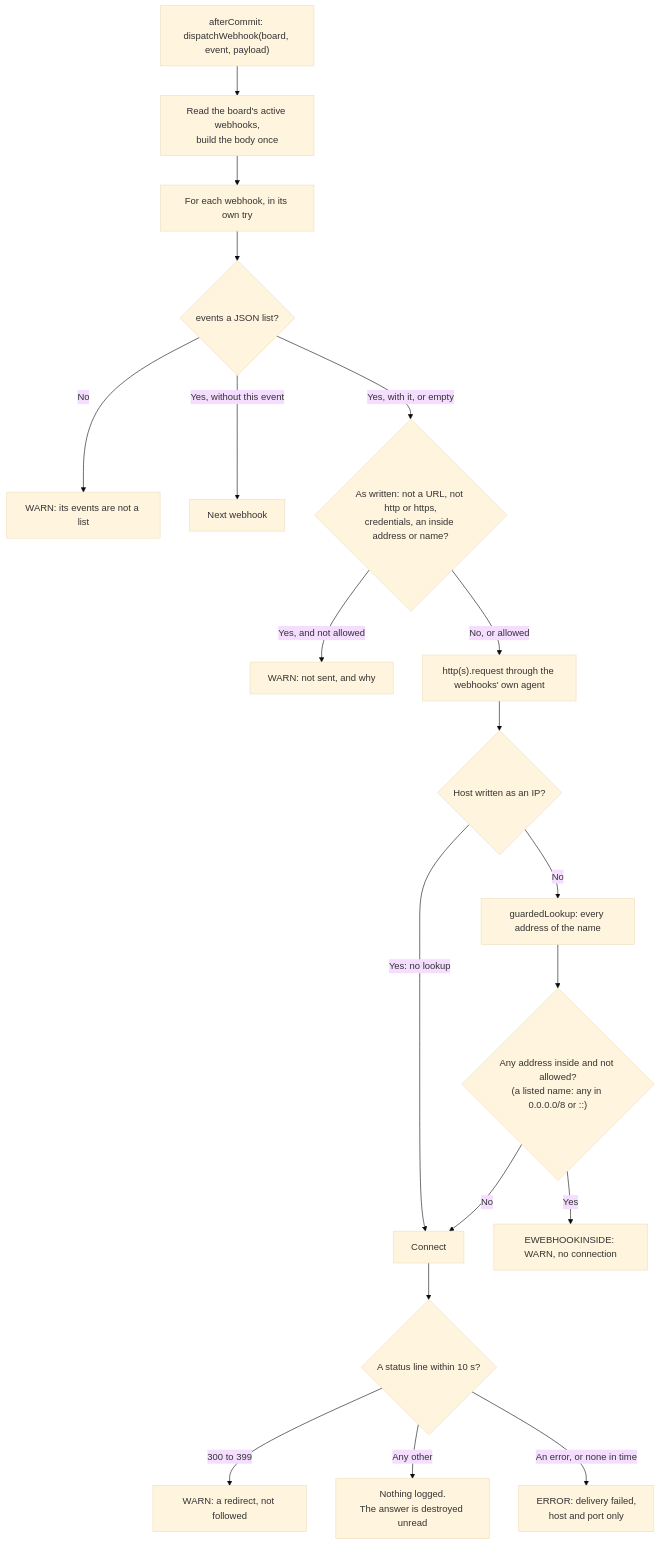
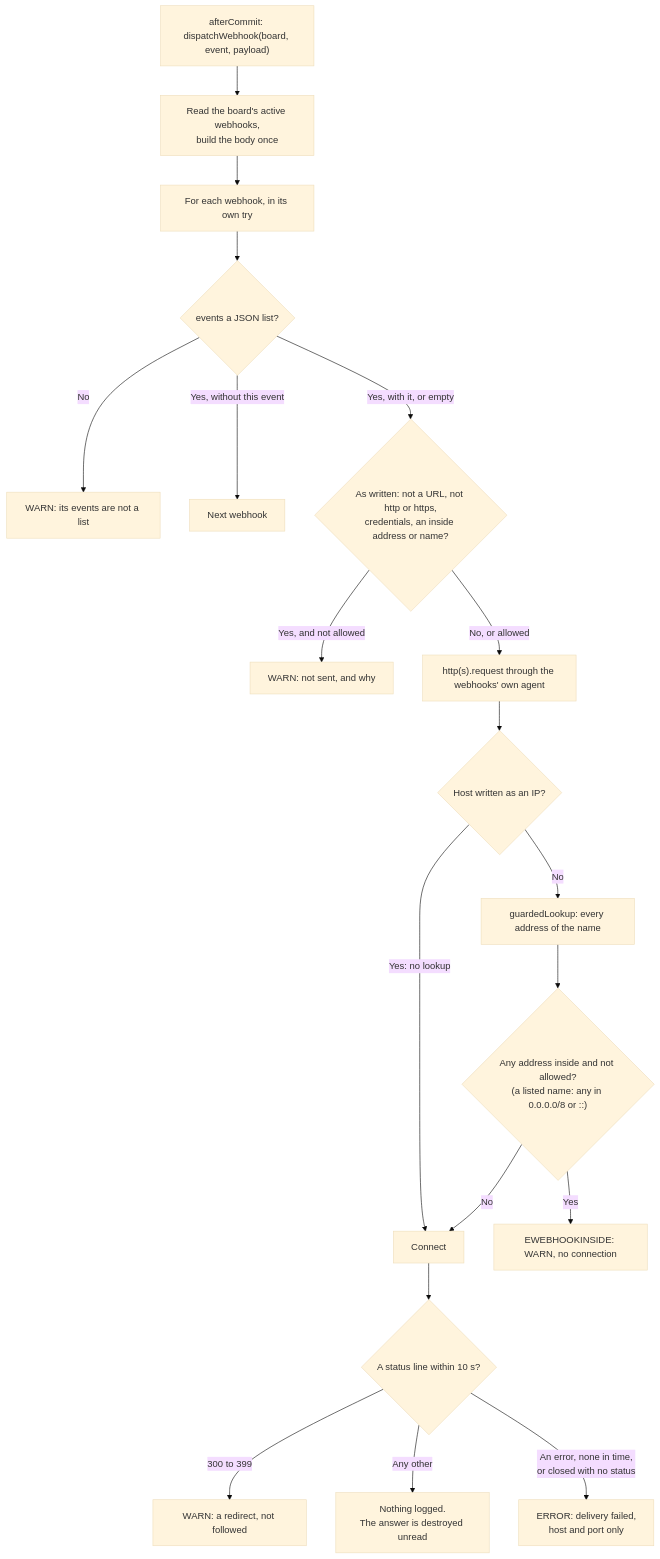
One commit to gitBoon/DumpFire changed diagram 17 of 19 in docs/notifications-email.md. Above: the diagram before and after it, drawn with Mermaid (base theme). The commit also changed other lines of this file and 13 other files, not shown here.

````diff
--- a/docs/notifications-email.md
+++ b/docs/notifications-email.md
@@ -1155,21 +1156,21 @@
 ```mermaid
 flowchart TD
     Event["afterCommit: dispatchWebhook(board, event, payload)"] --> Select["Read the board's active webhooks,<br/>build the body once"]
     Select --> Each["For each webhook, in its own try"]
     Each --> List{"events a JSON list?"}
     List -->|"No"| W1["WARN: its events are not a list"]
     List -->|"Yes, without this event"| Skip["Next webhook"]
     List -->|"Yes, with it, or empty"| Written{"As written: not a URL, not http or https,<br/>credentials, an inside address or name?"}
     Written -->|"Yes, and not allowed"| W2["WARN: not sent, and why"]
     Written -->|"No, or allowed"| Req["http(s).request through the webhooks' own agent"]
     Req --> IsIp{"Host written as an IP?"}
     IsIp -->|"Yes: no lookup"| Connect["Connect"]
     IsIp -->|"No"| Lookup["guardedLookup: every address of the name"]
     Lookup --> Any{"Any address inside and not allowed?<br/>(a listed name: any in 0.0.0.0/8 or ::)"}
     Any -->|"Yes"| W3["EWEBHOOKINSIDE: WARN, no connection"]
     Any -->|"No"| Connect
     Connect --> Status{"A status line within 10 s?"}
     Status -->|"300 to 399"| W4["WARN: a redirect, not followed"]
     Status -->|"Any other"| Done["Nothing logged.<br/>The answer is destroyed unread"]
-    Status -->|"An error, or none in time"| E1["ERROR: delivery failed,<br/>host and port only"]
+    Status -->|"An error, none in time,<br/>or closed with no status"| E1["ERROR: delivery failed,<br/>host and port only"]
 ```
````
